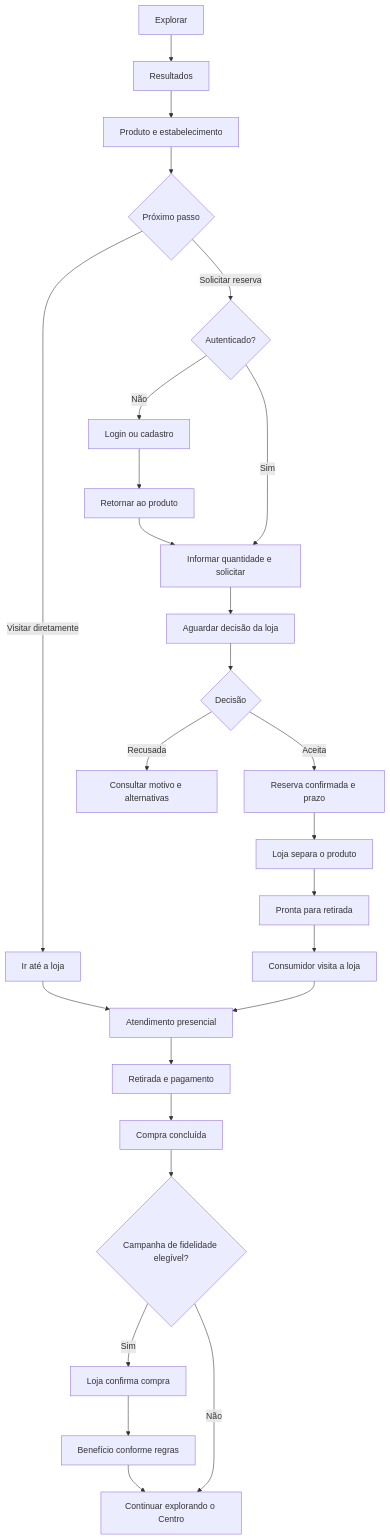
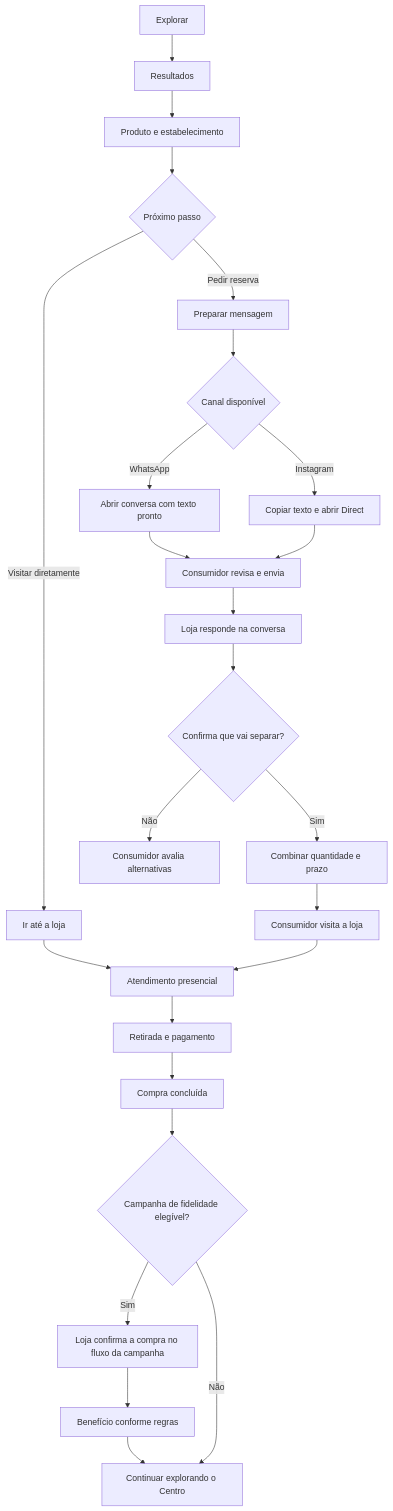
Before and after one commit to CaioDGeraldi/inova-araras-19-11-2026: the diagram in docs/flows/CUSTOMER_TO_PURCHASE.md, drawn with Mermaid. The commit also changed other lines of this file and 6 other files, not shown here.

Commit message:
docs: alinhar reserva externa aos fluxos do produto

````diff
--- a/docs/flows/CUSTOMER_TO_PURCHASE.md
+++ b/docs/flows/CUSTOMER_TO_PURCHASE.md
@@ -26,28 +28,27 @@
 ```mermaid
 flowchart TD
     A[Explorar] --> B[Resultados]
     B --> C[Produto e estabelecimento]
     C --> D{Próximo passo}
     D -->|Visitar diretamente| E[Ir até a loja]
-    D -->|Solicitar reserva| F{Autenticado?}
-    F -->|Não| G[Login ou cadastro]
-    G --> H[Retornar ao produto]
-    F -->|Sim| I[Informar quantidade e solicitar]
-    H --> I
-    I --> J[Aguardar decisão da loja]
-    J --> K{Decisão}
-    K -->|Recusada| L[Consultar motivo e alternativas]
-    K -->|Aceita| M[Reserva confirmada e prazo]
-    M --> N[Loja separa o produto]
-    N --> O[Pronta para retirada]
-    O --> P[Consumidor visita a loja]
-    E --> Q[Atendimento presencial]
-    P --> Q
-    Q --> R[Retirada e pagamento]
-    R --> S[Compra concluída]
-    S --> T{Campanha de fidelidade elegível?}
-    T -->|Sim| U[Loja confirma compra]
-    U --> V[Benefício conforme regras]
-    T -->|Não| W[Continuar explorando o Centro]
-    V --> W
+    D -->|Pedir reserva| F[Preparar mensagem]
+    F --> G{Canal disponível}
+    G -->|WhatsApp| H[Abrir conversa com texto pronto]
+    G -->|Instagram| I[Copiar texto e abrir Direct]
+    H --> J[Consumidor revisa e envia]
+    I --> J
+    J --> K[Loja responde na conversa]
+    K --> L{Confirma que vai separar?}
+    L -->|Não| M[Consumidor avalia alternativas]
+    L -->|Sim| N[Combinar quantidade e prazo]
+    N --> O[Consumidor visita a loja]
+    E --> P[Atendimento presencial]
+    O --> P
+    P --> Q[Retirada e pagamento]
+    Q --> R[Compra concluída]
+    R --> S{Campanha de fidelidade elegível?}
+    S -->|Sim| T[Loja confirma a compra no fluxo da campanha]
+    T --> U[Benefício conforme regras]
+    S -->|Não| V[Continuar explorando o Centro]
+    U --> V
 ```
````
